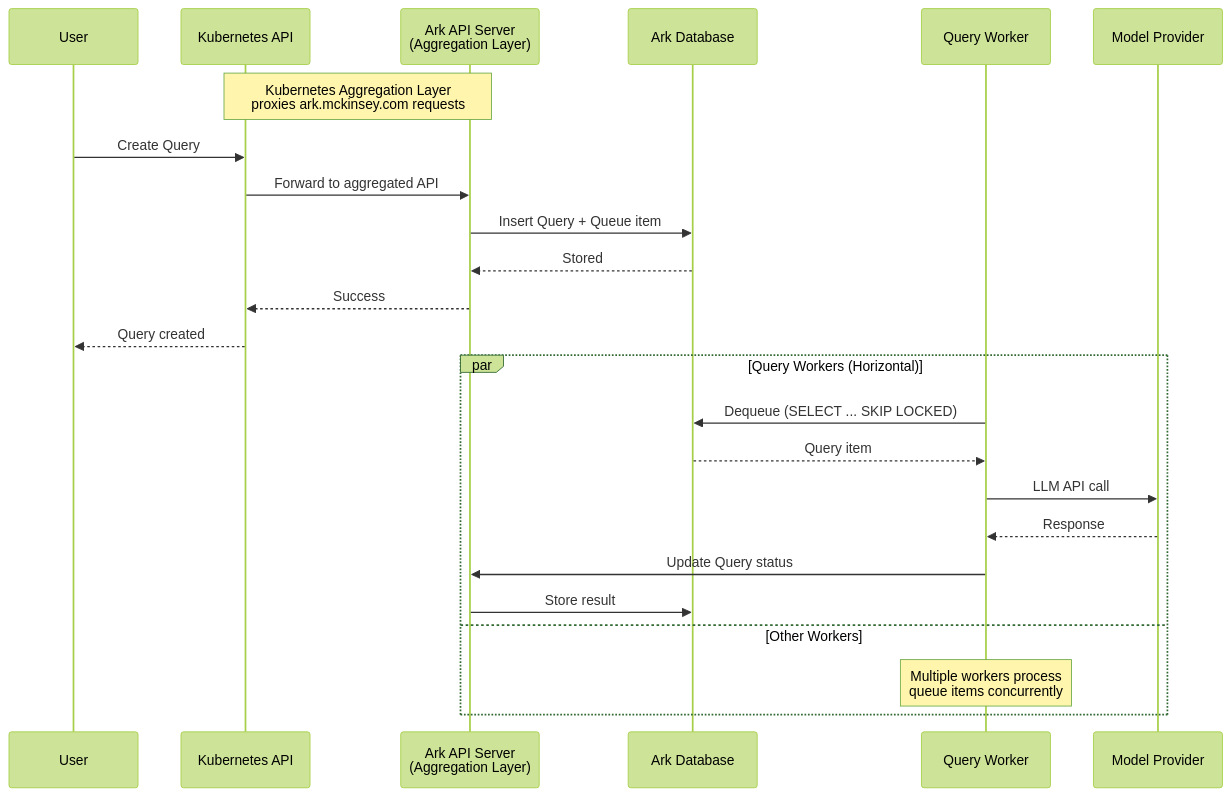
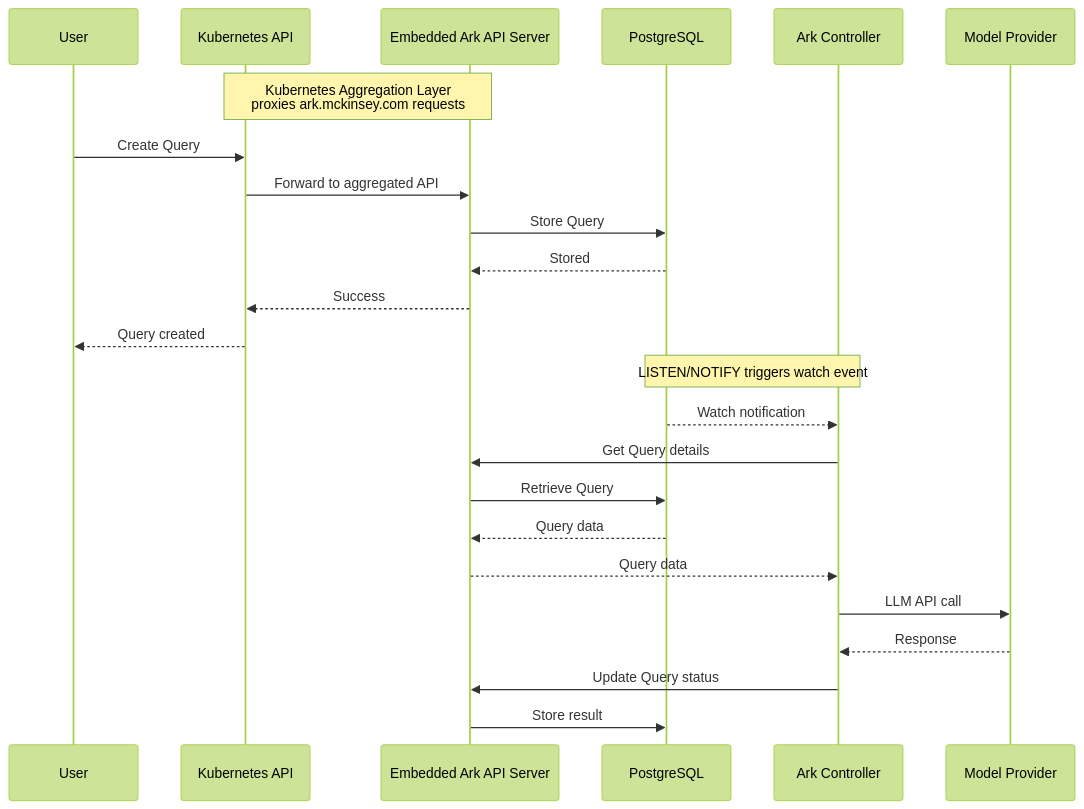
The second of 4 diagrams in docs/content/reference/core-architecture.mdx (mckinsey/agents-at-scale-ark), drawn with Mermaid (forest theme) before and after one commit. The commit also changed other lines of this file and 14 other files, not shown here.

First line of the commit message:
feat(ark): add embedded API server with PostgreSQL/SQLite storage backends

````diff
--- a/docs/content/reference/core-architecture.mdx
+++ b/docs/content/reference/core-architecture.mdx
@@ -77,29 +77,30 @@
 ```mermaid
 sequenceDiagram
     participant User
     participant KubeAPI as Kubernetes API
-    participant ArkAPI as Ark API Server<br/>(Aggregation Layer)
-    participant ArkDB as Ark Database
-    participant QueueWorker as Query Worker
+    participant ArkAPI as Embedded Ark API Server
+    participant ArkDB as PostgreSQL
+    participant Controller as Ark Controller
     participant Model as Model Provider
 
     Note over KubeAPI,ArkAPI: Kubernetes Aggregation Layer<br/>proxies ark.mckinsey.com requests
 
     User->>KubeAPI: Create Query
     KubeAPI->>ArkAPI: Forward to aggregated API
-    ArkAPI->>ArkDB: Insert Query + Queue item
+    ArkAPI->>ArkDB: Store Query
     ArkDB-->>ArkAPI: Stored
     ArkAPI-->>KubeAPI: Success
     KubeAPI-->>User: Query created
 
-    par Query Workers (Horizontal)
-        QueueWorker->>ArkDB: Dequeue (SELECT ... SKIP LOCKED)
-        ArkDB-->>QueueWorker: Query item
-        QueueWorker->>Model: LLM API call
-        Model-->>QueueWorker: Response
-        QueueWorker->>ArkAPI: Update Query status
-        ArkAPI->>ArkDB: Store result
-    and Other Workers
-        Note over QueueWorker: Multiple workers process<br/>queue items concurrently
-    end
+    Note over ArkDB,Controller: LISTEN/NOTIFY triggers watch event
+
+    ArkDB-->>Controller: Watch notification
+    Controller->>ArkAPI: Get Query details
+    ArkAPI->>ArkDB: Retrieve Query
+    ArkDB-->>ArkAPI: Query data
+    ArkAPI-->>Controller: Query data
+    Controller->>Model: LLM API call
+    Model-->>Controller: Response
+    Controller->>ArkAPI: Update Query status
+    ArkAPI->>ArkDB: Store result
 ```
````
